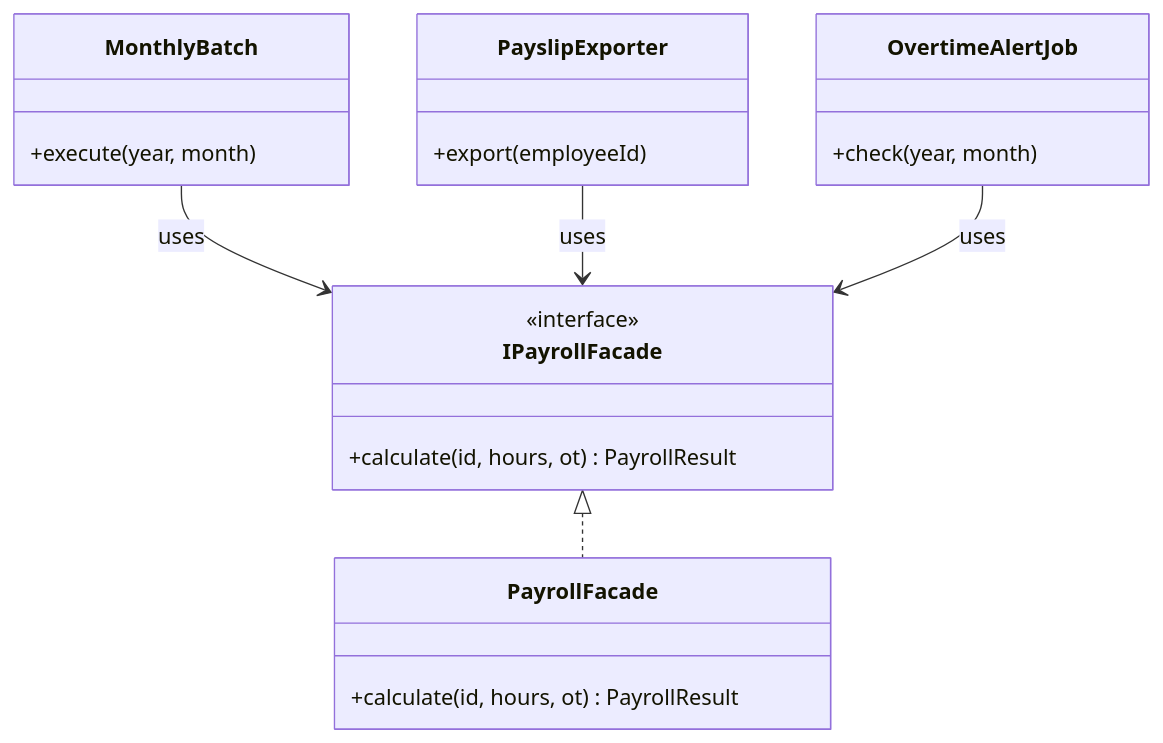
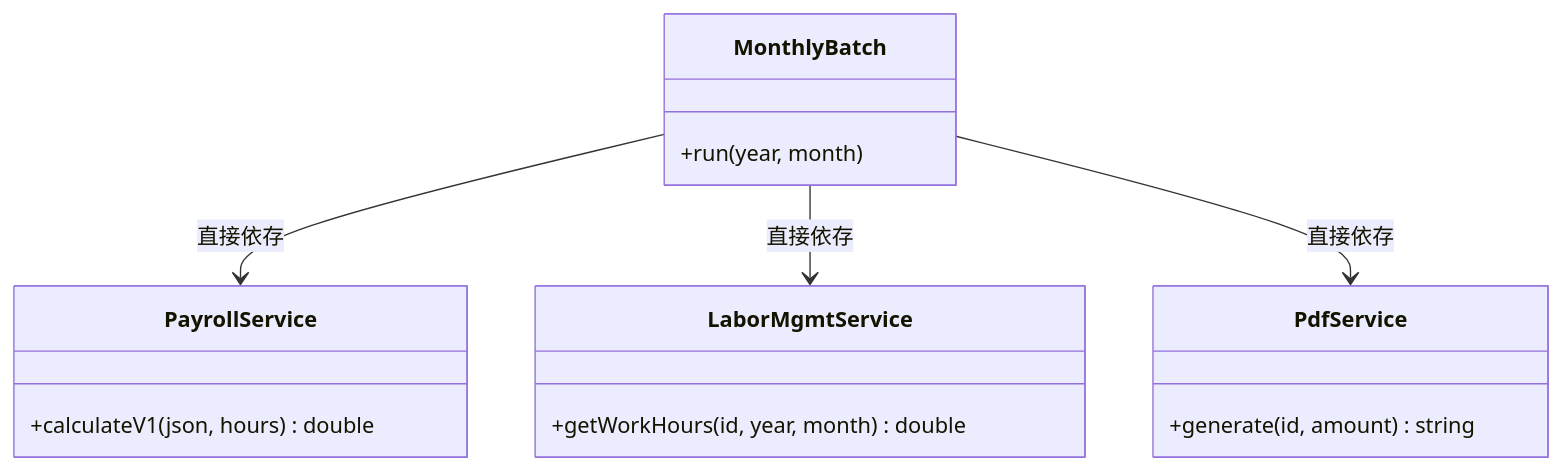
One commit to kumachan1101-pixel/DesignPattern changed the first of 6 diagrams in files/kindle/design-patterns/output/chapter02.md. Above: the diagram before and after it, drawn with Mermaid. The commit also changed other lines of this file, not shown here.

````diff
--- a/files/kindle/design-patterns/output/chapter02.md
+++ b/files/kindle/design-patterns/output/chapter02.md
@@ -507,23 +69,19 @@
 ```mermaid
 classDiagram
-    class IPayrollFacade {
-        <<interface>>
-        +calculate(id, hours, ot) PayrollResult
+    class MonthlyBatch {
+        +run(year, month)
     }
-    class PayrollFacade {
-        +calculate(id, hours, ot) PayrollResult
+    class PayrollService {
+        +calculateV1(json, hours) double
     }
-    class MonthlyBatch {
-        +execute(year, month)
+    class LaborMgmtService {
+        +getWorkHours(id, year, month) double
     }
-    class PayslipExporter {
-        +export(employeeId)
+    class PdfService {
+        +generate(id, amount) string
     }
-    class OvertimeAlertJob {
-        +check(year, month)
-    }
-    IPayrollFacade <|.. PayrollFacade
-    MonthlyBatch --> IPayrollFacade : uses
-    PayslipExporter --> IPayrollFacade : uses
-    OvertimeAlertJob --> IPayrollFacade : uses
+
+    MonthlyBatch --> PayrollService   : 直接依存
+    MonthlyBatch --> LaborMgmtService : 直接依存
+    MonthlyBatch --> PdfService       : 直接依存
 ```
````
